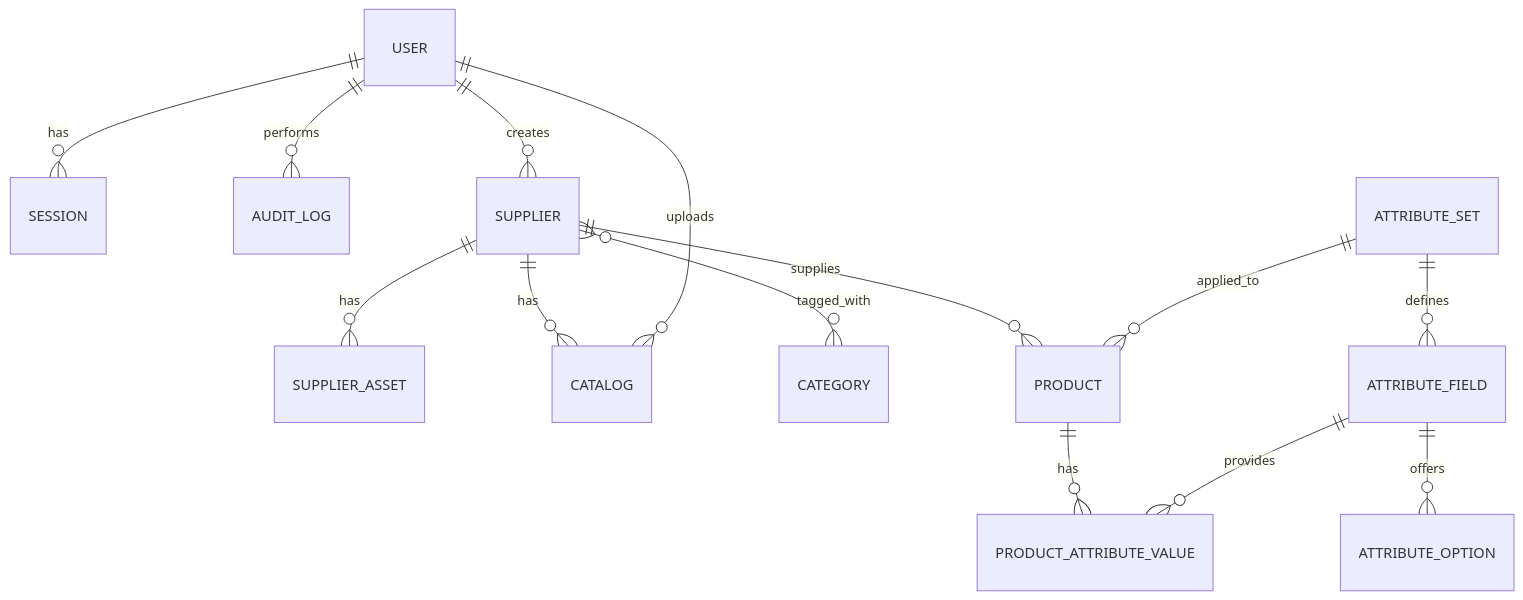
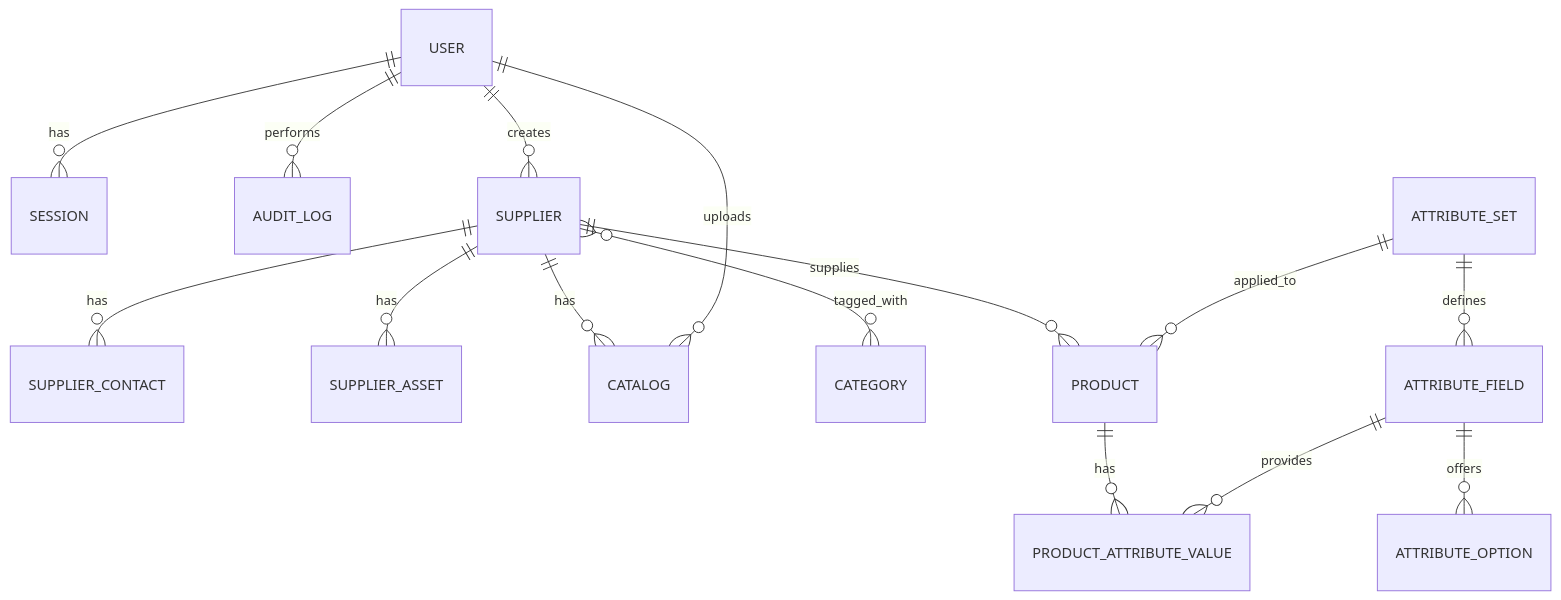
Before and after one commit to johanvinga/anansi: the diagram in SPEC.md, drawn with Mermaid. The commit also changed other lines of this file and 7 other files, not shown here.

Commit message:
fix: add contact and fix supplier page

````diff
--- a/SPEC.md
+++ b/SPEC.md
@@ -309,16 +332,17 @@
 ```mermaid
 erDiagram
   USER ||--o{ SESSION : has
   USER ||--o{ AUDIT_LOG : performs
   USER ||--o{ SUPPLIER : creates
+  SUPPLIER ||--o{ SUPPLIER_CONTACT : has
   SUPPLIER ||--o{ SUPPLIER_ASSET : has
   SUPPLIER ||--o{ CATALOG : has
   USER ||--o{ CATALOG : uploads
   SUPPLIER }o--o{ CATEGORY : tagged_with
   SUPPLIER ||--o{ PRODUCT : supplies
   ATTRIBUTE_SET ||--o{ ATTRIBUTE_FIELD : defines
   ATTRIBUTE_SET ||--o{ PRODUCT : applied_to
   PRODUCT ||--o{ PRODUCT_ATTRIBUTE_VALUE : has
   ATTRIBUTE_FIELD ||--o{ PRODUCT_ATTRIBUTE_VALUE : provides
   ATTRIBUTE_FIELD ||--o{ ATTRIBUTE_OPTION : offers
 ```
````
